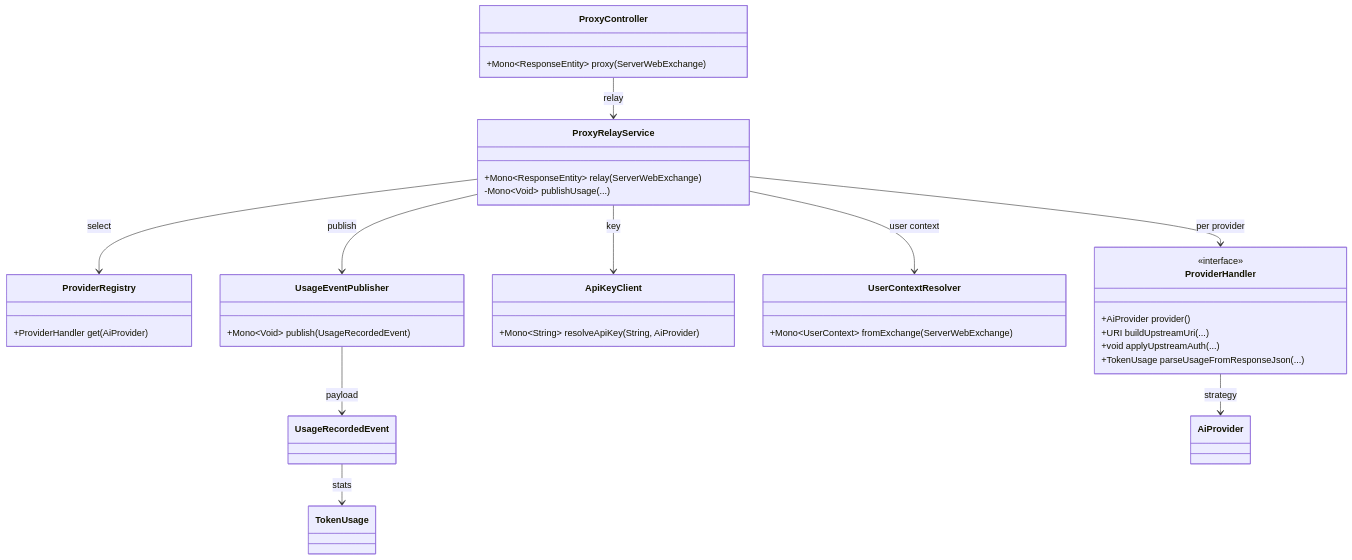
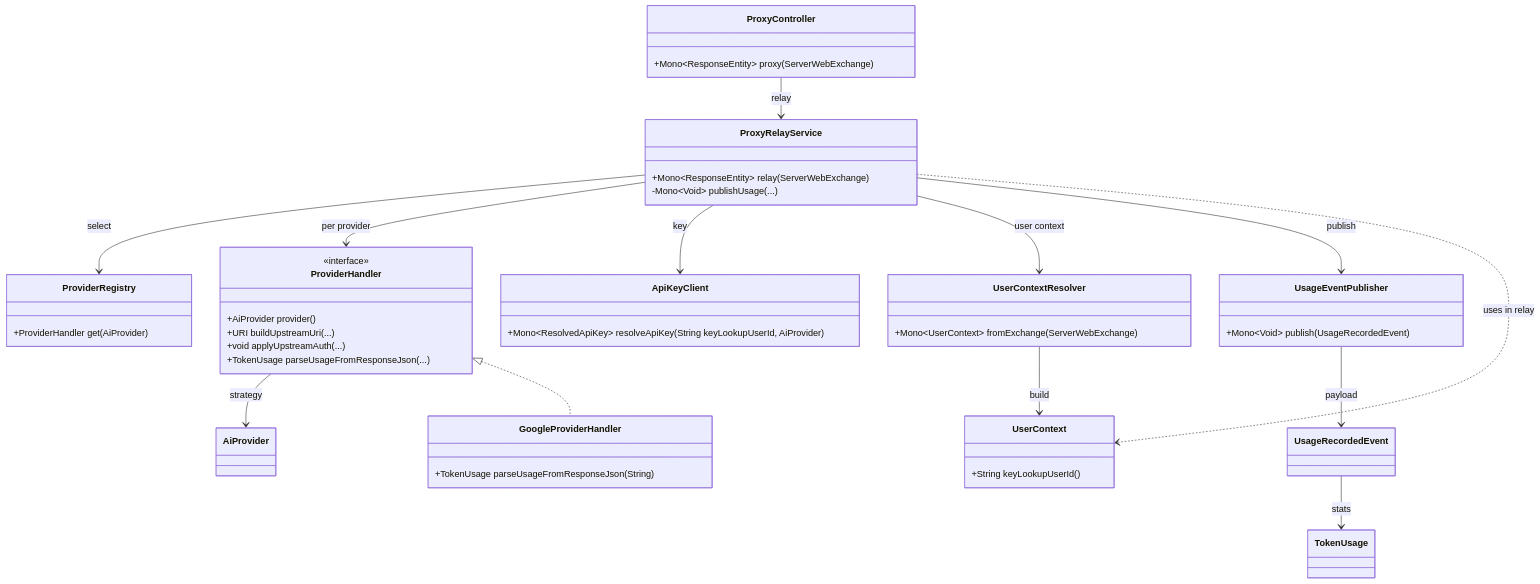
Before and after one commit to Zero-Bug-Freinds/ai-api-usage-monitor: the fourth of 11 diagrams in docs/c4-architecture-diagrams.md, drawn with Mermaid. The commit also changed other lines of this file and 3 other files, not shown here.

````diff
--- a/docs/c4-architecture-diagrams.md
+++ b/docs/c4-architecture-diagrams.md
@@ -159,51 +161,62 @@
 ```mermaid
 classDiagram
 direction TB
 
 class ProxyController {
   +Mono~ResponseEntity~ proxy(ServerWebExchange)
 }
 
 class ProxyRelayService {
   +Mono~ResponseEntity~ relay(ServerWebExchange)
   -Mono~Void~ publishUsage(...)
 }
 
 class ProviderRegistry {
   +ProviderHandler get(AiProvider)
 }
 
 class ProviderHandler {
   <<interface>>
   +AiProvider provider()
   +URI buildUpstreamUri(...)
   +void applyUpstreamAuth(...)
   +TokenUsage parseUsageFromResponseJson(...)
 }
 
+class GoogleProviderHandler {
+  +TokenUsage parseUsageFromResponseJson(String)
+}
+
 class ApiKeyClient {
-  +Mono~String~ resolveApiKey(String, AiProvider)
+  +Mono~ResolvedApiKey~ resolveApiKey(String keyLookupUserId, AiProvider)
+}
+
+class UserContext {
+  +String keyLookupUserId()
 }
 
 class UserContextResolver {
   +Mono~UserContext~ fromExchange(ServerWebExchange)
 }
 
 class UsageEventPublisher {
   +Mono~Void~ publish(UsageRecordedEvent)
 }
 
 class UsageRecordedEvent
 class TokenUsage
 class AiProvider
 
 ProxyController --> ProxyRelayService : relay
 ProxyRelayService --> ProviderRegistry : select
 ProxyRelayService --> ProviderHandler : per provider
 ProxyRelayService --> ApiKeyClient : key
 ProxyRelayService --> UserContextResolver : user context
 ProxyRelayService --> UsageEventPublisher : publish
+UserContextResolver --> UserContext : build
+ProxyRelayService ..> UserContext : uses in relay
 UsageEventPublisher --> UsageRecordedEvent : payload
 UsageRecordedEvent --> TokenUsage : stats
 ProviderHandler --> AiProvider : strategy
+ProviderHandler <|.. GoogleProviderHandler
 ```
````
